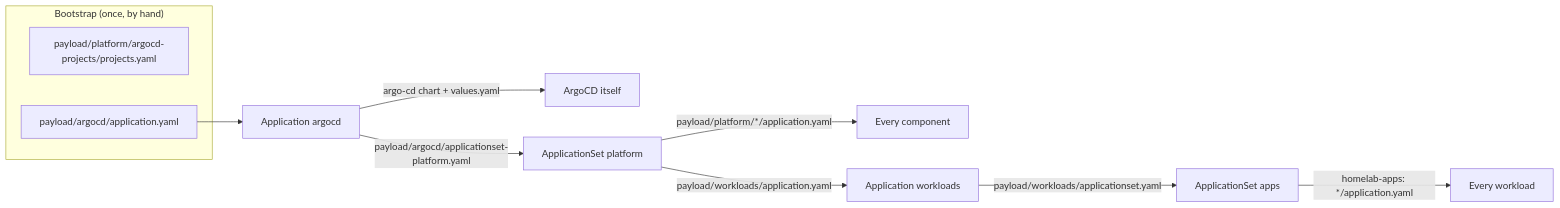
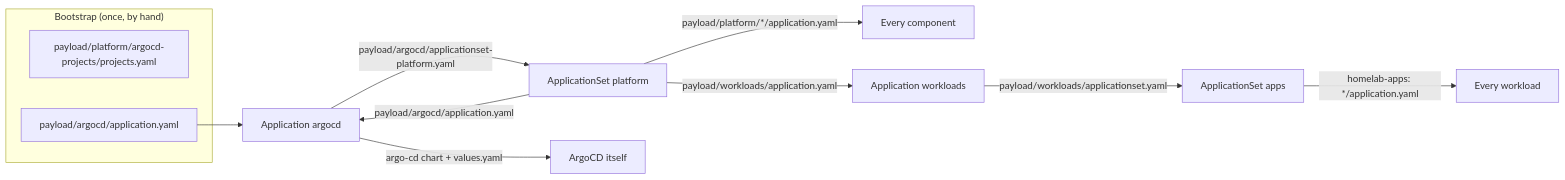
Before and after one commit to JanWelker/homelab: the diagram in docs/architecture/gitops.md, drawn with Mermaid. The commit also changed other lines of this file and 3 other files, not shown here.

First line of the commit message:
fix(argocd): let the platform ApplicationSet adopt the argocd Application so chart bumps deploy (#1726)

````diff
--- a/docs/architecture/gitops.md
+++ b/docs/architecture/gitops.md
@@ -12,15 +12,16 @@
 ```mermaid
 flowchart LR
     subgraph "Bootstrap (once, by hand)"
         PJ[payload/platform/argocd-projects/projects.yaml]
         AA[payload/argocd/application.yaml]
     end
 
     AA --> AR[Application argocd]
+    AS --> |"payload/argocd/application.yaml"| AR
     AR --> |"argo-cd chart + values.yaml"| SELF[ArgoCD itself]
     AR --> |"payload/argocd/applicationset-platform.yaml"| AS[ApplicationSet platform]
     AS --> |"payload/platform/*/application.yaml"| INFRA[Every component]
     AS --> |"payload/workloads/application.yaml"| WA[Application workloads]
     WA --> |"payload/workloads/applicationset.yaml"| APPS[ApplicationSet apps]
     APPS --> |"homelab-apps: */application.yaml"| WL[Every workload]
 ```
````
